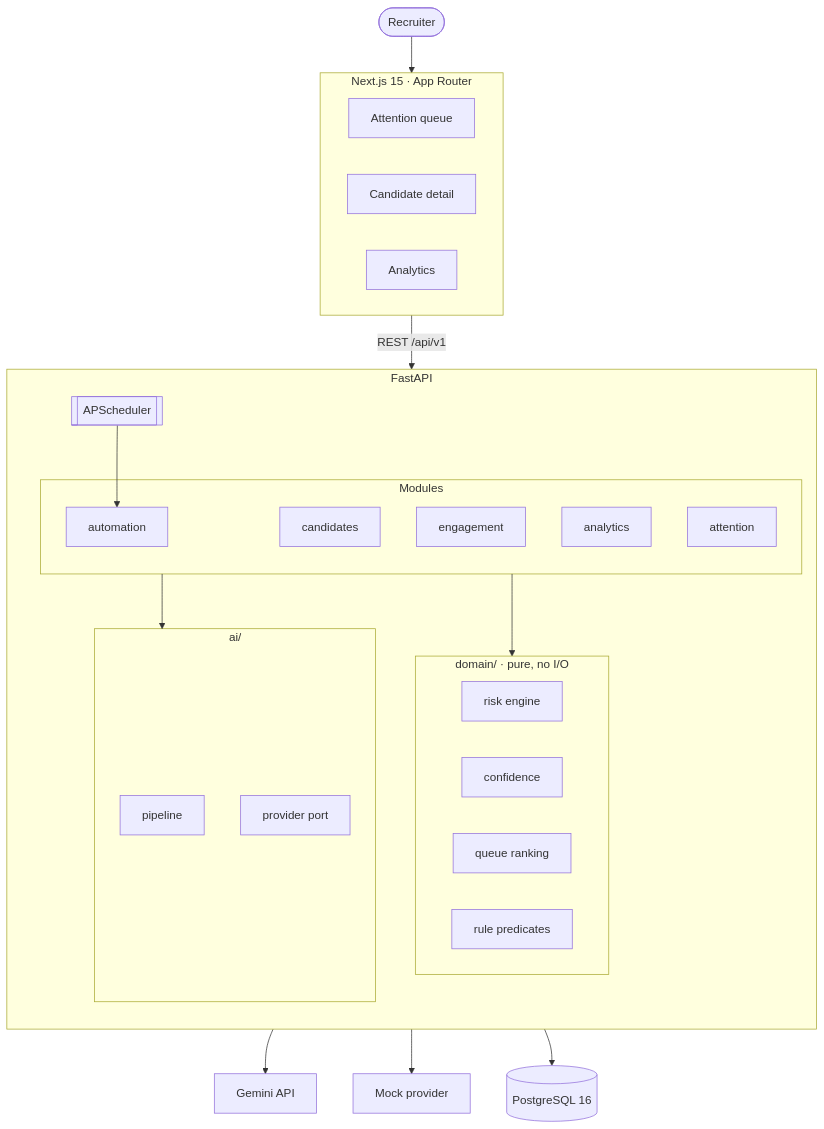
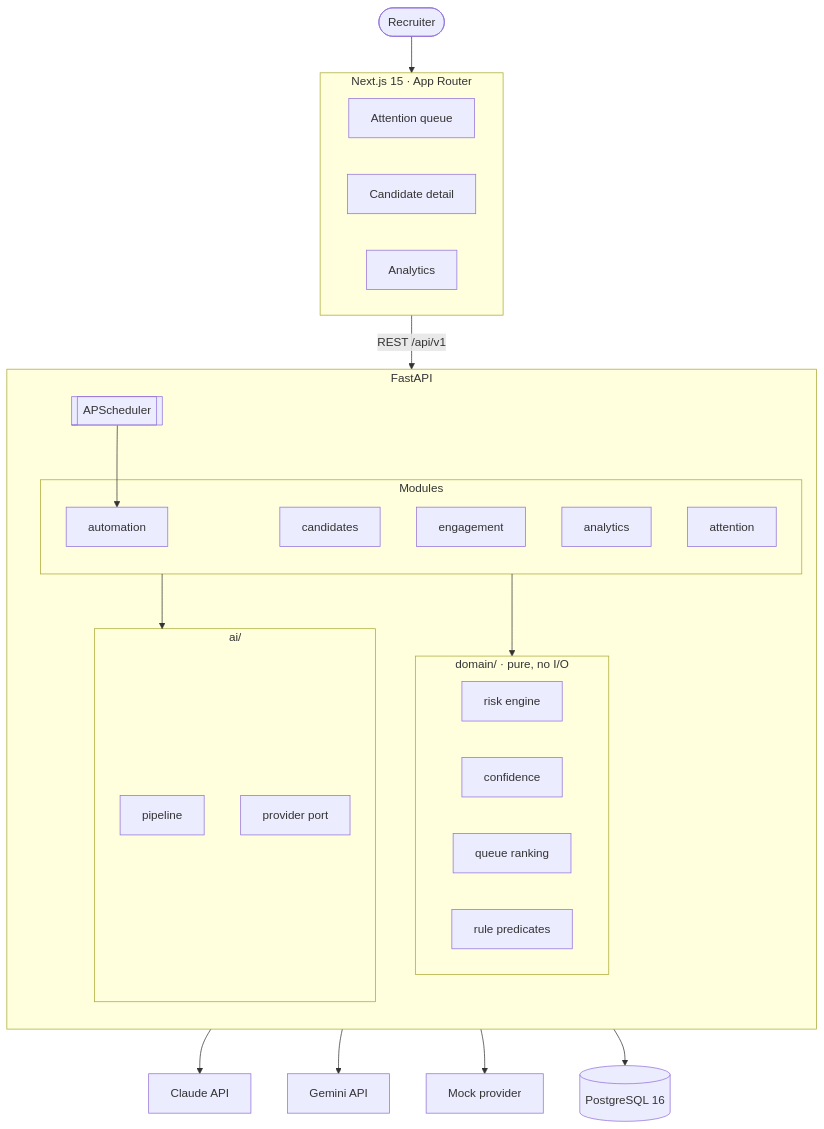
Before and after one commit to rezbites/AI-Powered-Post-Offer-Engagement-Platform: the first of 6 diagrams in README.md, drawn with Mermaid. The commit also changed other lines of this file and 3 other files, not shown here.

First line of the commit message:
Complete remaining stages: integration tests, decisions doc, diagrams

````diff
--- a/README.md
+++ b/README.md
@@ -75,41 +77,43 @@
 ```mermaid
 flowchart TB
     R([Recruiter])
     subgraph Web["Next.js 15 · App Router"]
         Q[Attention queue]
         D[Candidate detail]
         A[Analytics]
     end
     subgraph API["FastAPI"]
         direction TB
         subgraph Modules
             C[candidates]
             E[engagement]
             AN[analytics]
             AU[automation]
             AT[attention]
         end
         subgraph Domain["domain/ · pure, no I/O"]
             RISK[risk engine]
             CONF[confidence]
             RANK[queue ranking]
             RULES[rule predicates]
         end
         subgraph AI["ai/"]
             PIPE[pipeline]
             PORT[provider port]
         end
         SCHED[[APScheduler]]
     end
     PG[(PostgreSQL 16)]
+    CLA[Claude API]
     GEM[Gemini API]
     MOCK[Mock provider]
 
     R --> Web -->|REST /api/v1| API
     Modules --> Domain
     Modules --> AI
+    PORT --> CLA
     PORT --> GEM
     PORT --> MOCK
     API --> PG
     SCHED --> AU
 ```
````
